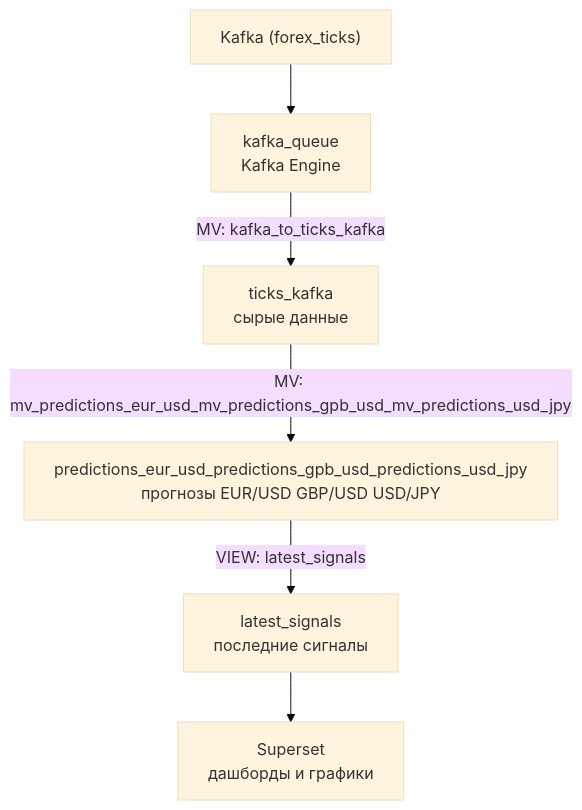
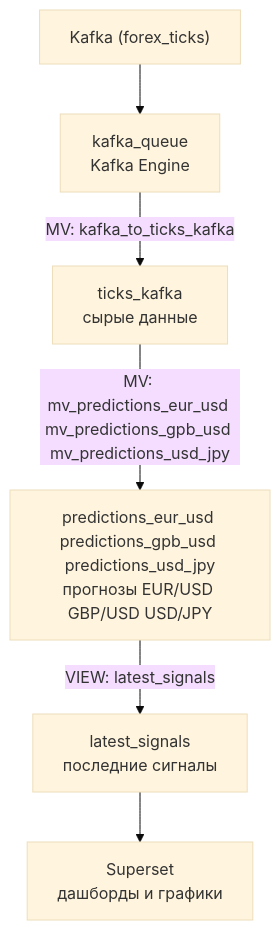
One commit to skazka064/otus_clickhouse changed the diagram in forex-analytics/architecture/etl_pipline.md. Above: the diagram before and after it, drawn with Mermaid (base theme).

````diff
--- a/forex-analytics/architecture/etl_pipline.md
+++ b/forex-analytics/architecture/etl_pipline.md
@@ -1,8 +1,8 @@
 ```mermaid
 graph TD
     A["Kafka (forex_ticks)"] --> B["kafka_queue<br>Kafka Engine"]
     B -->|"MV: kafka_to_ticks_kafka"| C["ticks_kafka<br>сырые данные"]
-    C -->|"MV: mv_predictions_eur_usd_mv_predictions_gpb_usd_mv_predictions_usd_jpy"| D["predictions_eur_usd_predictions_gpb_usd_predictions_usd_jpy<br>прогнозы EUR/USD GBP/USD USD/JPY"]
+    C -->|"MV: mv_predictions_eur_usd mv_predictions_gpb_usd mv_predictions_usd_jpy"| D["predictions_eur_usd predictions_gpb_usd predictions_usd_jpy<br>прогнозы EUR/USD GBP/USD USD/JPY"]
     D -->|"VIEW: latest_signals"| E["latest_signals<br>последние сигналы"]
     E --> F["Superset<br>дашборды и графики"]
 ```
````
